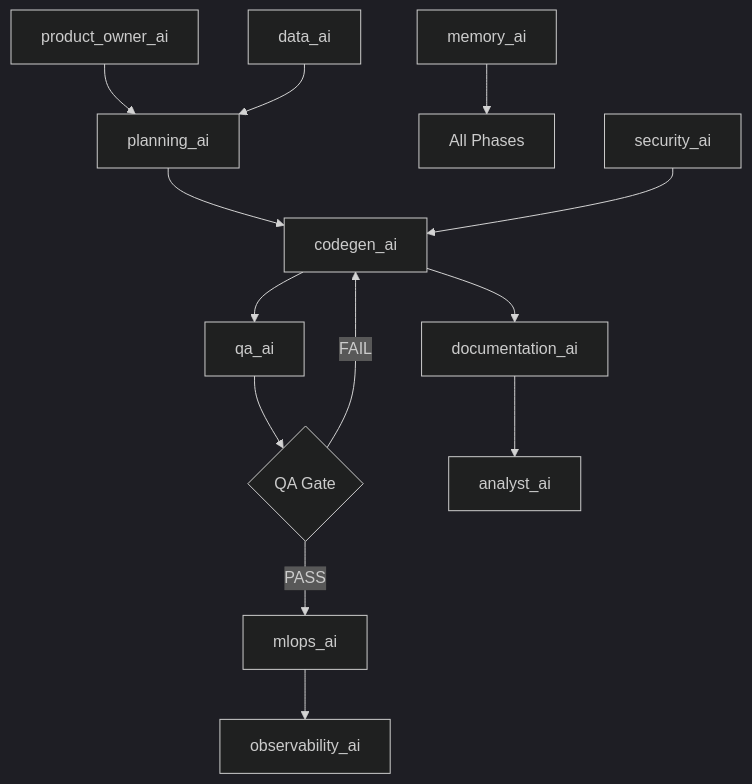
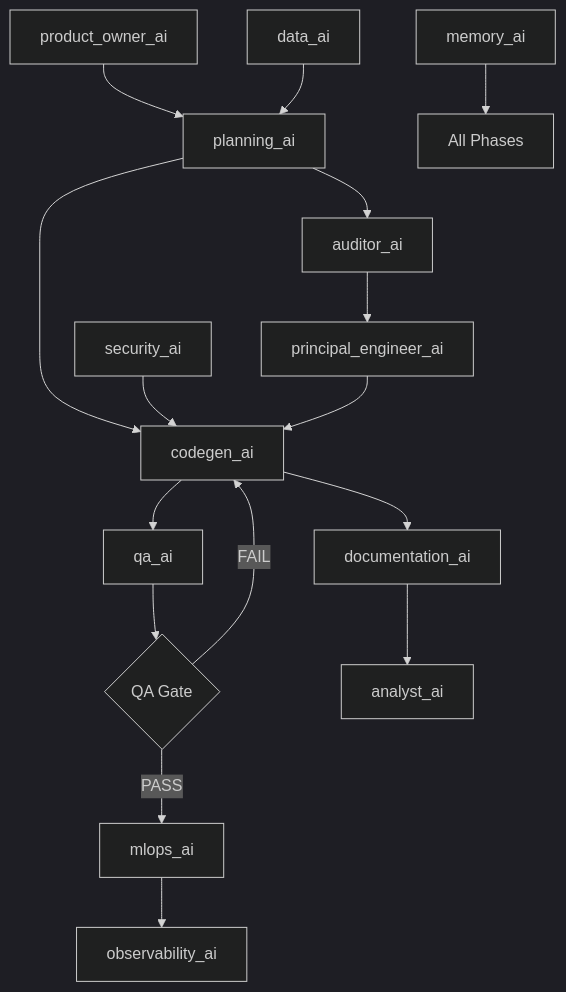
One commit to HaymayndzUltra/haymayndzAI changed the diagram in frameworks/fwk-001-cursor-rules/system-prompt/execution_orchestrator.mdc. Above: the diagram before and after it, drawn with Mermaid (dark theme). The commit also changed other lines of this file and 17 other files, not shown here.

````diff
--- a/frameworks/fwk-001-cursor-rules/system-prompt/execution_orchestrator.mdc
+++ b/frameworks/fwk-001-cursor-rules/system-prompt/execution_orchestrator.mdc
@@ -14,17 +14,22 @@
 ```mermaid
 graph TD
     A[product_owner_ai] --> B[planning_ai]
     B --> C[codegen_ai]
     C --> D[qa_ai]
     D --> E{QA Gate}
     E -->|PASS| F[mlops_ai]
     E -->|FAIL| C
     F --> G[observability_ai]
     
     C --> H[documentation_ai]
     H --> I[analyst_ai]
     
     J[memory_ai] --> K[All Phases]
     L[security_ai] --> C
     M[data_ai] --> B
+    
+    %% === Additions: Audit & Verification Phases (inserted between planning_ai and codegen_ai) ===
+    B --> X[auditor_ai]
+    X --> Y[principal_engineer_ai]
+    Y --> C
 ```
````
